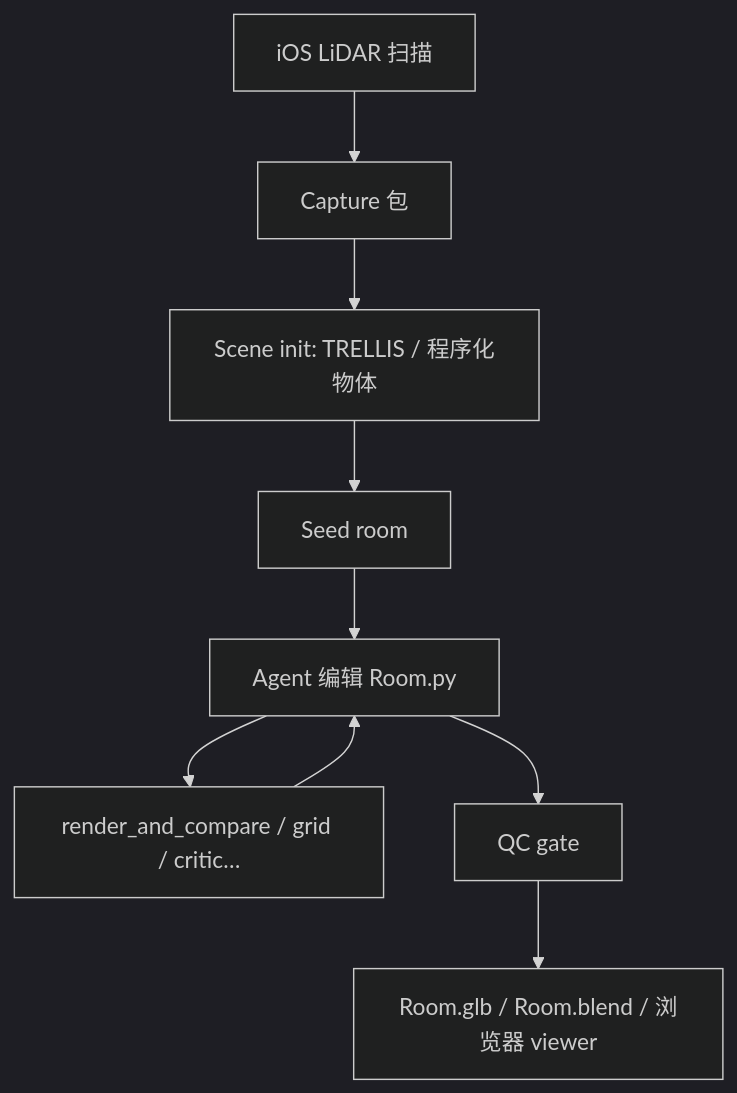
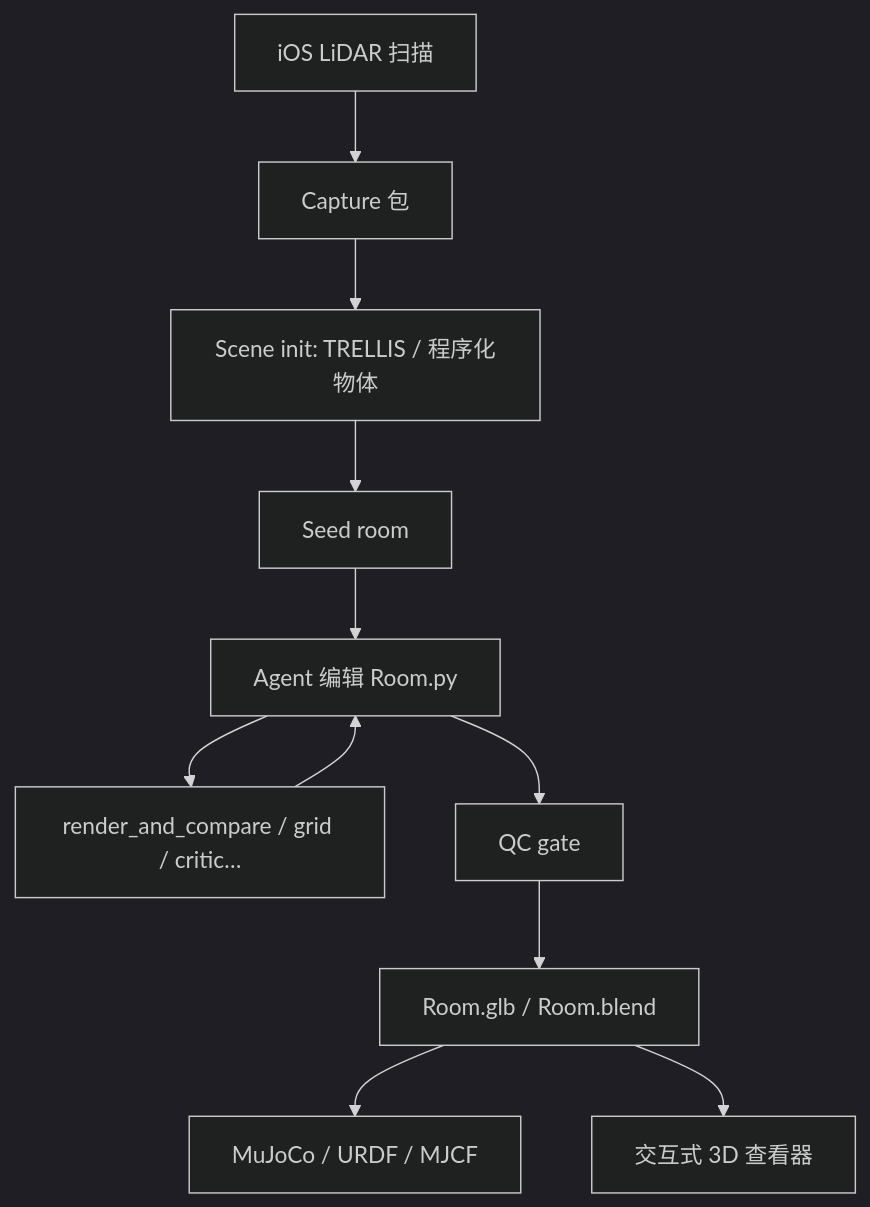
The first of 2 diagrams in wiki/entities/litereality-agent.md (ImChong/Robotics_Notebooks), drawn with Mermaid (dark theme) before and after one commit. The commit also changed other lines of this file and 5 other files, not shown here.

````diff
--- a/wiki/entities/litereality-agent.md
+++ b/wiki/entities/litereality-agent.md
@@ -63,11 +67,13 @@
 ```mermaid
 flowchart TB
   scan[iOS LiDAR 扫描] --> cap[Capture 包]
   cap --> init[Scene init: TRELLIS / 程序化物体]
   init --> seed[Seed room]
   seed --> loop[Agent 编辑 Room.py]
   loop --> tools[render_and_compare / grid / critic…]
   tools --> loop
   loop --> qc[QC gate]
-  qc --> out[Room.glb / Room.blend / 浏览器 viewer]
+  qc --> out[Room.glb / Room.blend]
+  out --> sim[MuJoCo / URDF / MJCF]
+  out --> viewer[交互式 3D 查看器]
 ```
````
